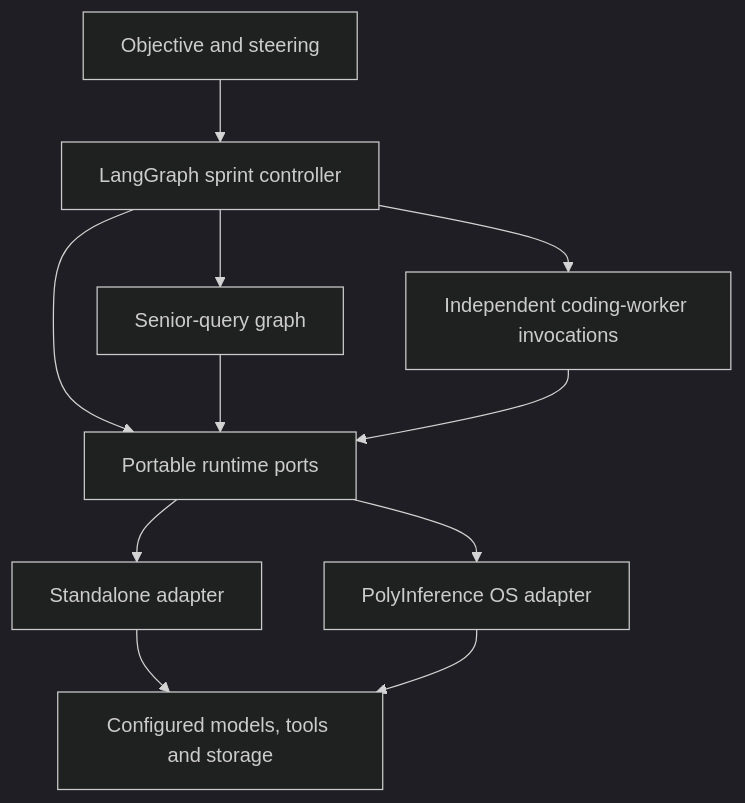
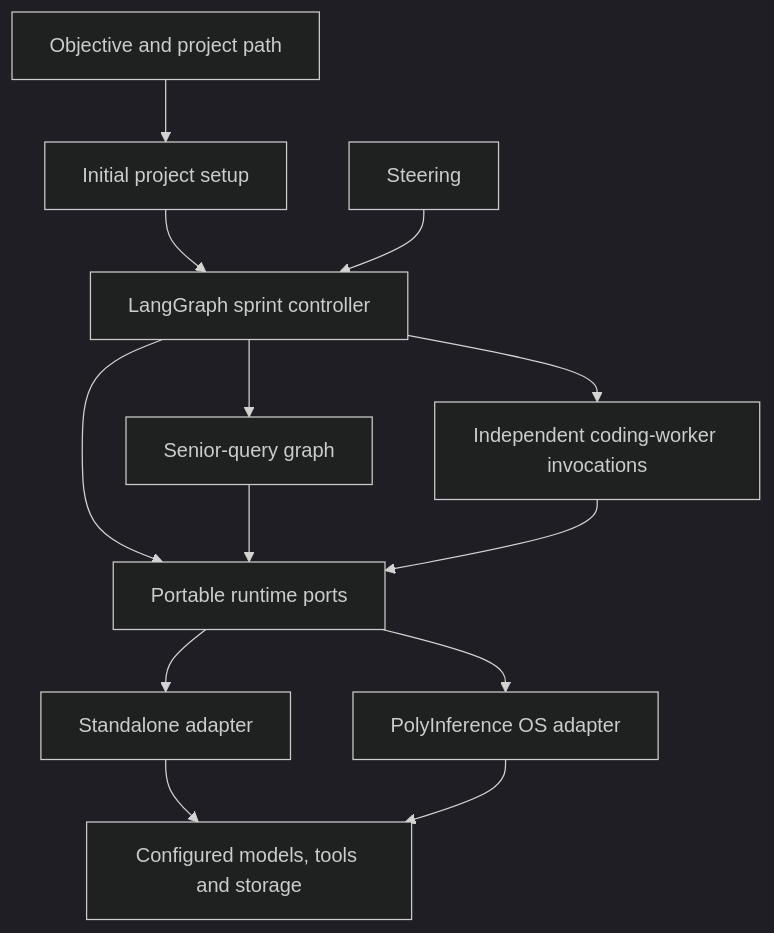
The first of 3 diagrams in design-docs/langgraph-agent/README.md (demonking-mw/polyinference), drawn with Mermaid (dark theme) before and after one commit. The commit also changed other lines of this file and 189 other files, not shown here.

````diff
--- a/design-docs/langgraph-agent/README.md
+++ b/design-docs/langgraph-agent/README.md
@@ -59,13 +100,15 @@
 ```mermaid
 flowchart TB
-    U[Objective and steering] --> C[LangGraph sprint controller]
+    U[Objective and project path] --> I[Initial project setup]
+    I --> C[LangGraph sprint controller]
+    T[Steering] --> C
     C --> S[Senior-query graph]
     C --> W[Independent coding-worker invocations]
     C --> P[Portable runtime ports]
     S --> P
     W --> P
     P --> A[Standalone adapter]
     P --> O[PolyInference OS adapter]
     A --> B[Configured models, tools and storage]
     O --> B
 ```
````
